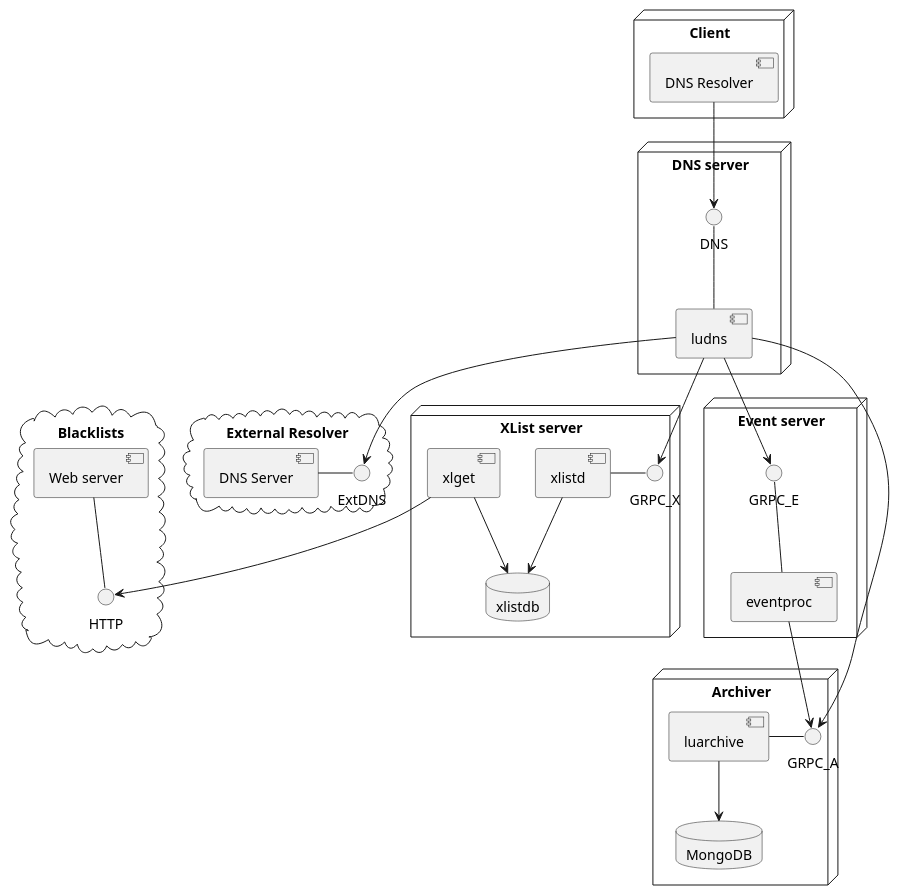
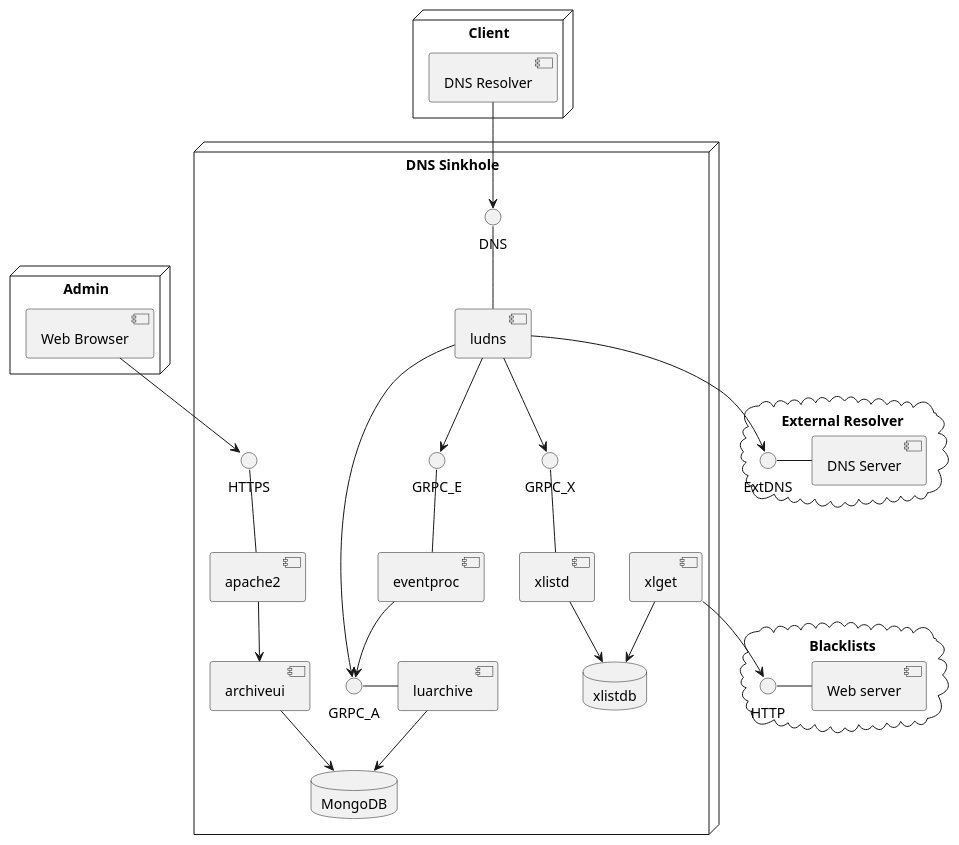
One commit to luids-io/doc changed the third of 3 diagrams in es/modules/guide-advanced-dns-sinkhole/pages/design.adoc. Above: the diagram before and after it, drawn with PlantUML. The commit also changed other lines of this file and 72 other files, not shown here.

Commit message:
guide-advanced-dns-sinkhole: updated guide

```diff
--- a/es/modules/guide-advanced-dns-sinkhole/pages/design.adoc
+++ b/es/modules/guide-advanced-dns-sinkhole/pages/design.adoc
@@ -108,43 +172,44 @@
-[plantuml,{guidename}-deployment,png,pdfwidth=70%]
+[plantuml,{guidename}-deployment,png,pdfwidth=90%]
 ----
 cloud "External Resolver" {
- [DNS Server] -right- ExtDNS
+ [DNS Server] -left- ExtDNS
 }
 
 cloud "Blacklists" {
- [Web server] -down- HTTP
+ [Web server] -left- HTTP
 }
 
-node "XList server" {
+node "DNS Sinkhole" {
   database "xlistdb"
   [xlget] --> xlistdb
   [xlget] --> HTTP
   [xlistd] --> xlistdb
-  [xlistd] - GRPC_X
-}
+  [xlistd] -up- GRPC_X
 
-node "DNS server" {
   [ludns] --> GRPC_X
   [ludns] --> ExtDNS
   [ludns] -up- DNS
-}
+  [apache2] -up- HTTPS
 
-node "Event server" {
   [eventproc] -up- GRPC_E
-}
+  [ludns] --> GRPC_E
 
-[ludns] --> GRPC_E
-
-node "Archiver" {
   database "MongoDB"
   [luarchive] --> MongoDB
   [luarchive] - GRPC_A
+
+  [archiveui] --> MongoDB
+  [apache2] --> [archiveui]
+
+  [ludns] --> GRPC_A
+  [eventproc] --> GRPC_A
 }
-
-[ludns] --> GRPC_A
-[eventproc] --> GRPC_A
 
 node "Client" {
   [DNS Resolver] --> DNS
 }
+
+node "Admin" {
+  [Web Browser] --> HTTPS
+}
 ----
```
